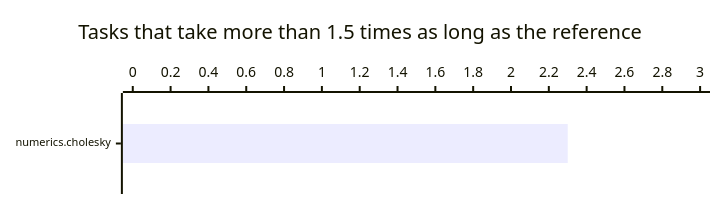
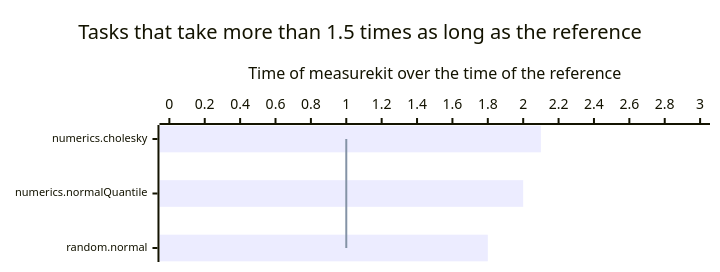
One commit to measurekit/measurekit changed the second of 3 diagrams in docs/core/performance.md. Above: the diagram before and after it, drawn with Mermaid. The commit also changed other lines of this file and 7 other files, not shown here.

````diff
--- a/docs/core/performance.md
+++ b/docs/core/performance.md
@@ -26,9 +26,9 @@
 ```mermaid
-%%{init: {"xyChart": {"height": 184, "xAxis": {"labelFontSize": 11}}}}%%
+%%{init: {"xyChart": {"height": 252, "xAxis": {"labelFontSize": 11}}}}%%
 xychart-beta horizontal
   title "Tasks that take more than 1.5 times as long as the reference"
-  x-axis ["numerics.cholesky"]
+  x-axis ["numerics.cholesky", "numerics.normalQuantile", "random.normal"]
   y-axis "Time of measurekit over the time of the reference" 0 --> 3
-  bar [2.3]
-  line [1]
+  bar [2.1, 2, 1.8]
+  line [1, 1, 1]
 ```
````
